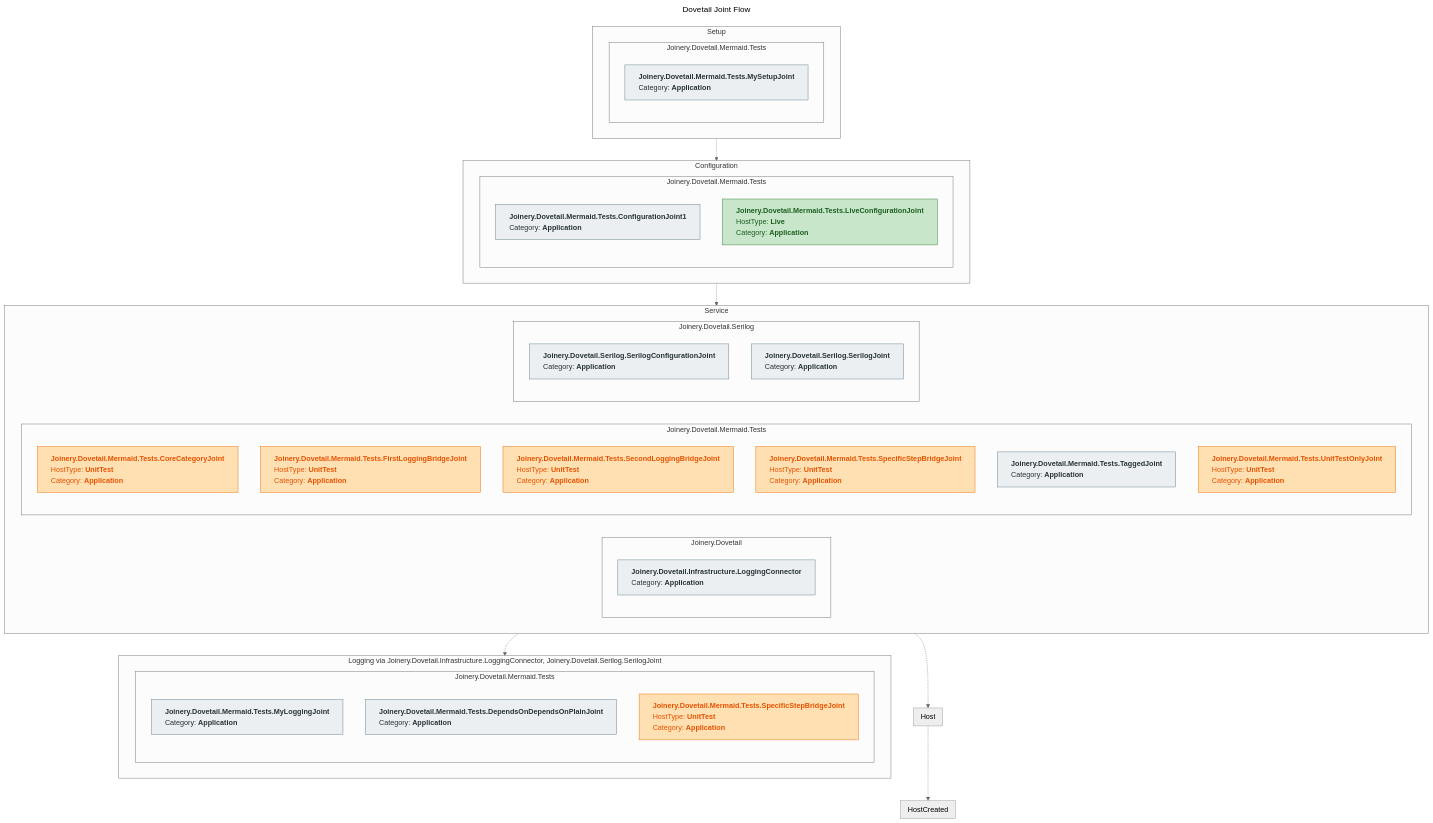
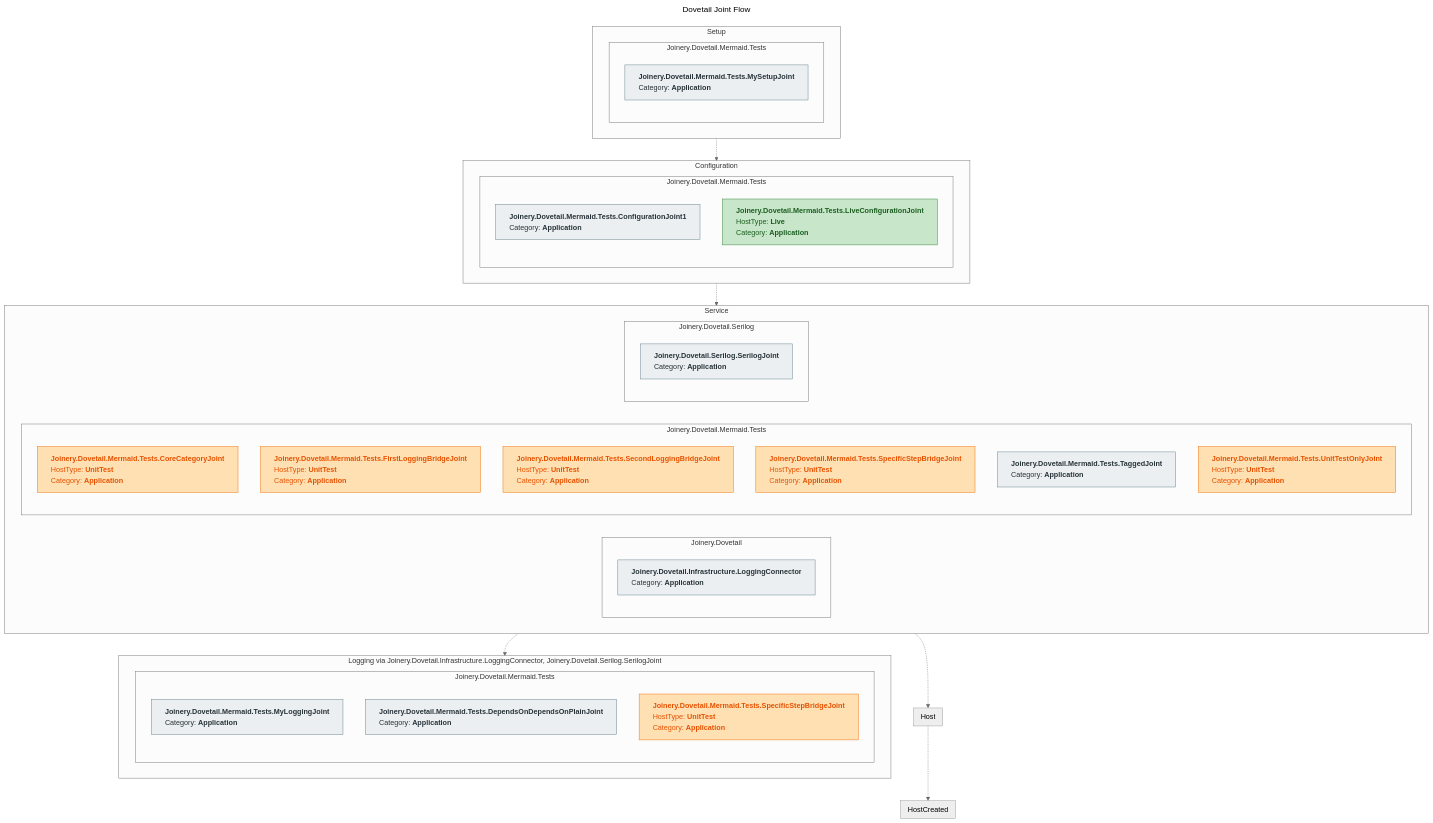
The diagram in test/Joinery.Dovetail.Mermaid.Tests/snapshots/DovetailContextDiagramTests.Should_Render_Default_Flowchart.verified.md (RocketSurgeonsGuild/Dovetail), drawn with Mermaid (neutral theme) before and after one commit. The commit also changed 27 other files, not shown here.

````diff
--- a/test/Joinery.Dovetail.Mermaid.Tests/snapshots/DovetailContextDiagramTests.Should_Render_Default_Flowchart.verified.md
+++ b/test/Joinery.Dovetail.Mermaid.Tests/snapshots/DovetailContextDiagramTests.Should_Render_Default_Flowchart.verified.md
@@ -1,74 +1,72 @@
 ```mermaid
 ---
 title: Dovetail Joint Flow
 ---
 flowchart TB
     subgraph sub1 [Setup]
     direction RL
     subgraph sub2 [Joinery.Dovetail.Mermaid.Tests]
     id3["`**Joinery.Dovetail.Mermaid.Tests.MySetupJoint**<br/>Category: **Application**`"]
     end
     end
     subgraph sub6 [Configuration]
     direction RL
     subgraph sub7 [Joinery.Dovetail.Mermaid.Tests]
     id8["`**Joinery.Dovetail.Mermaid.Tests.ConfigurationJoint1**<br/>Category: **Application**`"]
     id9["`**Joinery.Dovetail.Mermaid.Tests.LiveConfigurationJoint**<br/>HostType: **Live**<br/>Category: **Application**`"]
     end
     end
     subgraph sub12 [Service]
     direction RL
     subgraph sub13 [Joinery.Dovetail]
     id14["`**Joinery.Dovetail.Infrastructure.LoggingConnector**<br/>Category: **Application**`"]
     end
     subgraph sub16 [Joinery.Dovetail.Mermaid.Tests]
     id17["`**Joinery.Dovetail.Mermaid.Tests.CoreCategoryJoint**<br/>HostType: **UnitTest**<br/>Category: **Application**`"]
     id18["`**Joinery.Dovetail.Mermaid.Tests.FirstLoggingBridgeJoint**<br/>HostType: **UnitTest**<br/>Category: **Application**`"]
     id19["`**Joinery.Dovetail.Mermaid.Tests.SecondLoggingBridgeJoint**<br/>HostType: **UnitTest**<br/>Category: **Application**`"]
     id20["`**Joinery.Dovetail.Mermaid.Tests.SpecificStepBridgeJoint**<br/>HostType: **UnitTest**<br/>Category: **Application**`"]
     id21["`**Joinery.Dovetail.Mermaid.Tests.TaggedJoint**<br/>Category: **Application**`"]
     id22["`**Joinery.Dovetail.Mermaid.Tests.UnitTestOnlyJoint**<br/>HostType: **UnitTest**<br/>Category: **Application**`"]
     end
     subgraph sub24 [Joinery.Dovetail.Serilog]
-    id25["`**Joinery.Dovetail.Serilog.SerilogConfigurationJoint**<br/>Category: **Application**`"]
-    id26["`**Joinery.Dovetail.Serilog.SerilogJoint**<br/>Category: **Application**`"]
+    id25["`**Joinery.Dovetail.Serilog.SerilogJoint**<br/>Category: **Application**`"]
     end
     end
-    subgraph sub29 [Host]
+    subgraph sub28 [Host]
     direction RL
     end
-    subgraph sub31 [HostCreated]
+    subgraph sub30 [HostCreated]
     direction RL
     end
-    subgraph sub33 [Logging via Joinery.Dovetail.Infrastructure.LoggingConnector, Joinery.Dovetail.Serilog.SerilogJoint]
+    subgraph sub32 [Logging via Joinery.Dovetail.Infrastructure.LoggingConnector, Joinery.Dovetail.Serilog.SerilogJoint]
     direction RL
-    subgraph sub34 [Joinery.Dovetail.Mermaid.Tests]
-    id35["`**Joinery.Dovetail.Mermaid.Tests.MyLoggingJoint**<br/>Category: **Application**`"]
-    id36["`**Joinery.Dovetail.Mermaid.Tests.DependsOnDependsOnPlainJoint**<br/>Category: **Application**`"]
-    id37["`**Joinery.Dovetail.Mermaid.Tests.SpecificStepBridgeJoint**<br/>HostType: **UnitTest**<br/>Category: **Application**`"]
+    subgraph sub33 [Joinery.Dovetail.Mermaid.Tests]
+    id34["`**Joinery.Dovetail.Mermaid.Tests.MyLoggingJoint**<br/>Category: **Application**`"]
+    id35["`**Joinery.Dovetail.Mermaid.Tests.DependsOnDependsOnPlainJoint**<br/>Category: **Application**`"]
+    id36["`**Joinery.Dovetail.Mermaid.Tests.SpecificStepBridgeJoint**<br/>HostType: **UnitTest**<br/>Category: **Application**`"]
     end
     end
     sub6 -.-> sub12
-    sub29 -.-> sub31
-    sub12 -.-> sub29
-    sub12 -.-> sub33
+    sub28 -.-> sub30
+    sub12 -.-> sub28
+    sub12 -.-> sub32
     sub1 -.-> sub6
     classDef hostUndefined text-align:left,fill:#eceff1,stroke:#607d8b,color:#263238
     classDef hostLive text-align:left,fill:#c8e6c9,stroke:#2e7d32,color:#1b5e20
     classDef hostUnitTest text-align:left,fill:#ffe0b2,stroke:#ef6c00,color:#e65100
     class id3 hostUndefined
     class id8 hostUndefined
     class id9 hostLive
     class id14 hostUndefined
     class id17 hostUnitTest
     class id18 hostUnitTest
     class id19 hostUnitTest
     class id20 hostUnitTest
     class id21 hostUndefined
     class id22 hostUnitTest
     class id25 hostUndefined
-    class id26 hostUndefined
+    class id34 hostUndefined
     class id35 hostUndefined
-    class id36 hostUndefined
-    class id37 hostUnitTest
+    class id36 hostUnitTest
 ```
````
